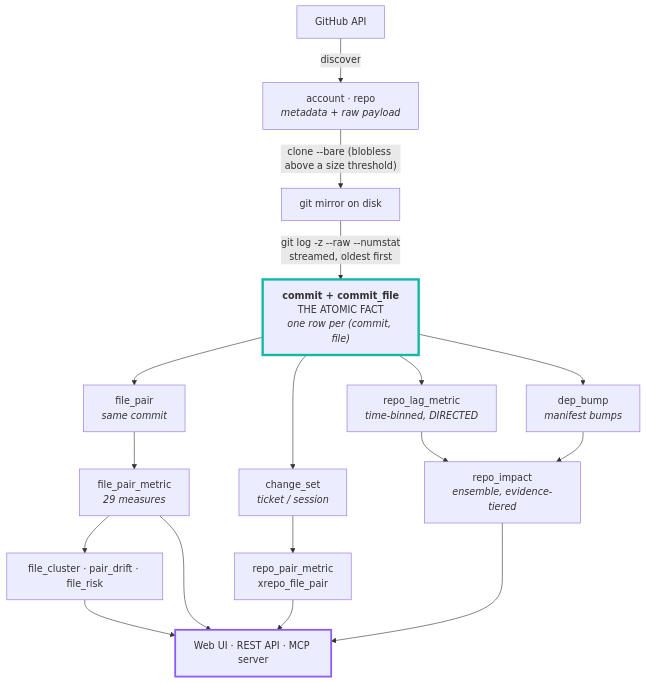
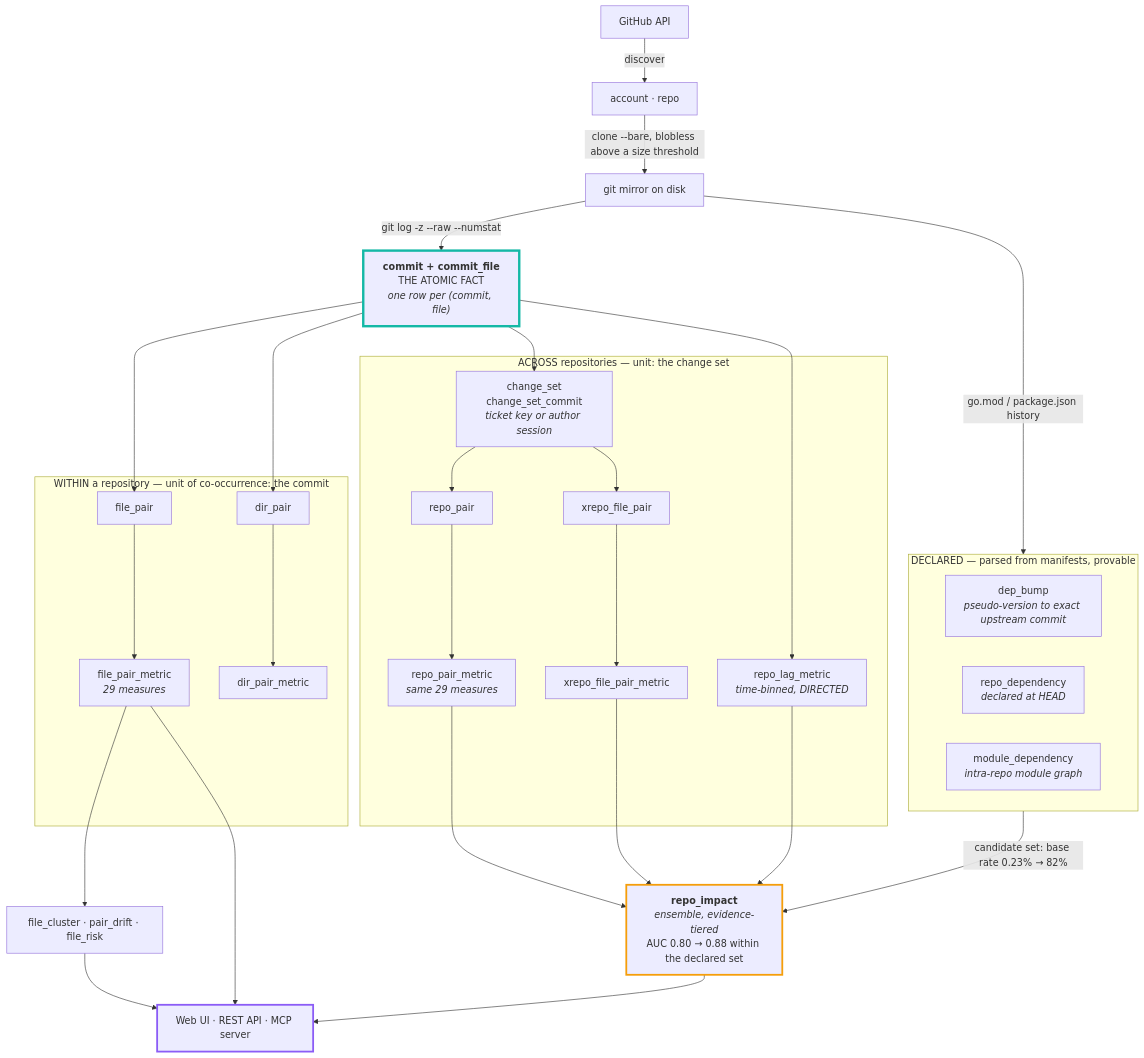
Before and after one commit to kirankn8/git-synapse: the second of 3 diagrams in README.md, drawn with Mermaid. The commit also changed other lines of this file, not shown here.

Commit message:
Show the cross-repository and dependency streams in the pipeline diagram
The diagram collapsed everything past the atomic fact into one row, which
hid the fact that cross-repo coupling is a separate stack of tables rather
than the same ones widened, and left the declared dependency graph out
entirely.

Three streams now, and where they meet: within-repo pairs keyed on the
commit, cross-repo pairs keyed on the change set, and the manifest-parsed
dependency graph that restricts the candidate set the ensemble ranks
within.

````diff
--- a/README.md
+++ b/README.md
@@ -313,27 +313,49 @@
 ```mermaid
 flowchart TB
-    GH["GitHub API"] -->|discover| REPO["account · repo<br/><i>metadata + raw payload</i>"]
-    REPO -->|"clone --bare (blobless above a size threshold)"| MIRROR["git mirror on disk"]
-    MIRROR -->|"git log -z --raw --numstat<br/>streamed, oldest first"| ATOM
+    GH["GitHub API"] -->|discover| REPO["account · repo"]
+    REPO -->|"clone --bare, blobless above a size threshold"| MIRROR["git mirror on disk"]
+    MIRROR -->|"git log -z --raw --numstat"| ATOM
+    MIRROR -->|"go.mod / package.json history"| declared
 
     ATOM["<b>commit + commit_file</b><br/>THE ATOMIC FACT<br/><i>one row per (commit, file)</i>"]
 
-    ATOM --> FP["file_pair<br/><i>same commit</i>"]
-    ATOM --> CS["change_set<br/><i>ticket / session</i>"]
-    ATOM --> LAG["repo_lag_metric<br/><i>time-binned, DIRECTED</i>"]
-    ATOM --> DB["dep_bump<br/><i>manifest bumps</i>"]
+    subgraph within["WITHIN a repository — unit of co-occurrence: the commit"]
+        FP["file_pair"] --> FPM["file_pair_metric<br/><i>29 measures</i>"]
+        DP["dir_pair"] --> DPM["dir_pair_metric"]
+    end
 
-    FP --> FPM["file_pair_metric<br/><i>29 measures</i>"]
-    CS --> RPM["repo_pair_metric<br/>xrepo_file_pair"]
-    LAG --> IMP["repo_impact<br/><i>ensemble, evidence-tiered</i>"]
-    DB --> IMP
+    subgraph across["ACROSS repositories — unit: the change set"]
+        CS["change_set<br/>change_set_commit<br/><i>ticket key or author session</i>"]
+        CS --> RP["repo_pair"] --> RPM["repo_pair_metric<br/><i>same 29 measures</i>"]
+        CS --> XF["xrepo_file_pair"] --> XFM["xrepo_file_pair_metric"]
+        LAG["repo_lag_metric<br/><i>time-binned, DIRECTED</i>"]
+    end
+
+    subgraph declared["DECLARED — parsed from manifests, provable"]
+        DECL["dep_bump<br/><i>pseudo-version to exact upstream commit</i>"]
+        RD["repo_dependency<br/><i>declared at HEAD</i>"]
+        MD["module_dependency<br/><i>intra-repo module graph</i>"]
+    end
+
+    ATOM --> FP
+    ATOM --> DP
+    ATOM --> CS
+    ATOM --> LAG
+
+    RPM --> IMPACT
+    XFM --> IMPACT
+    LAG --> IMPACT
+    declared -->|"candidate set: base rate 0.23% → 82%"| IMPACT
+
+    IMPACT["<b>repo_impact</b><br/><i>ensemble, evidence-tiered</i><br/>AUC 0.80 → 0.88 within the declared set"]
+
     FPM --> MINE["file_cluster · pair_drift · file_risk"]
-
-    FPM --> OUT["Web UI · REST API · MCP server"]
-    RPM --> OUT
-    IMP --> OUT
+    FPM --> OUT
+    IMPACT --> OUT
     MINE --> OUT
+    OUT["Web UI · REST API · MCP server"]
 
     style ATOM stroke:#14b8a6,stroke-width:4px
+    style IMPACT stroke:#f59e0b,stroke-width:3px
     style OUT stroke:#8b5cf6,stroke-width:3px
 ```
````
